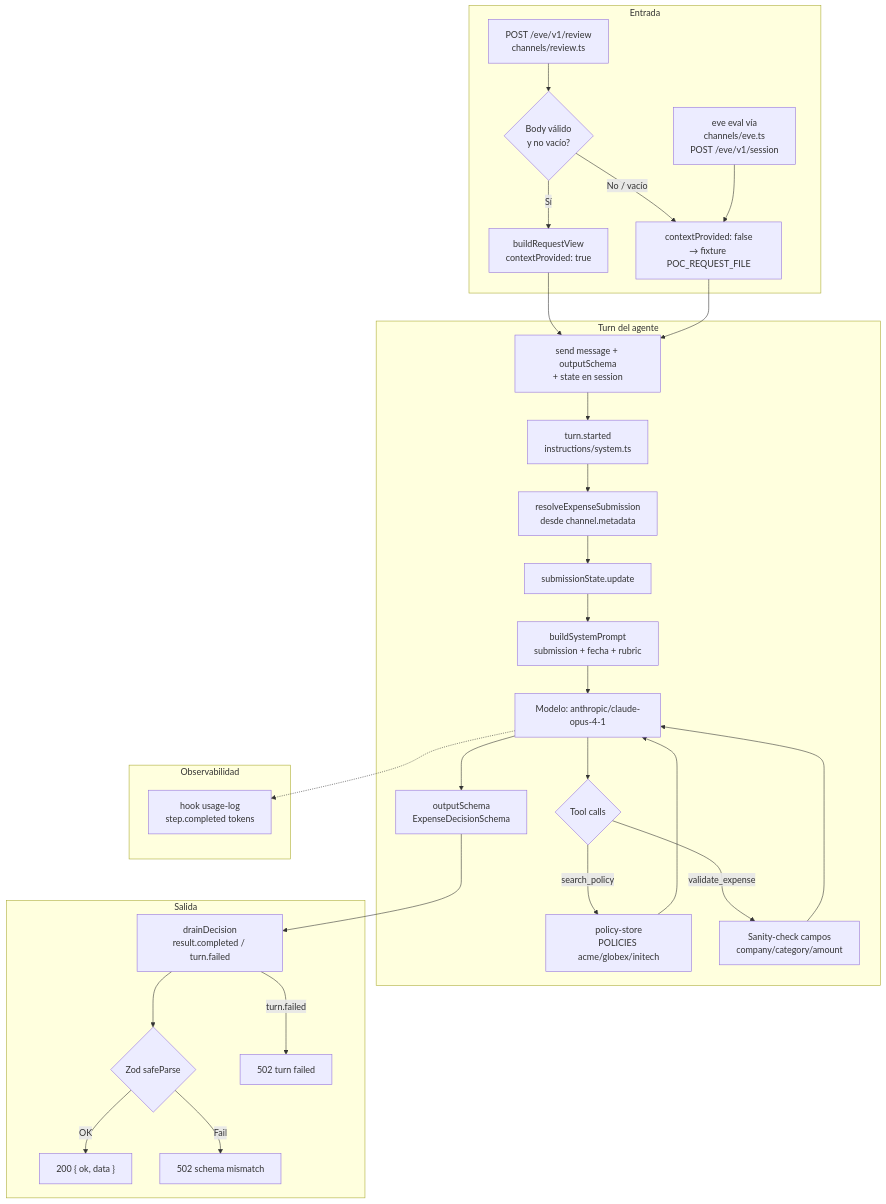
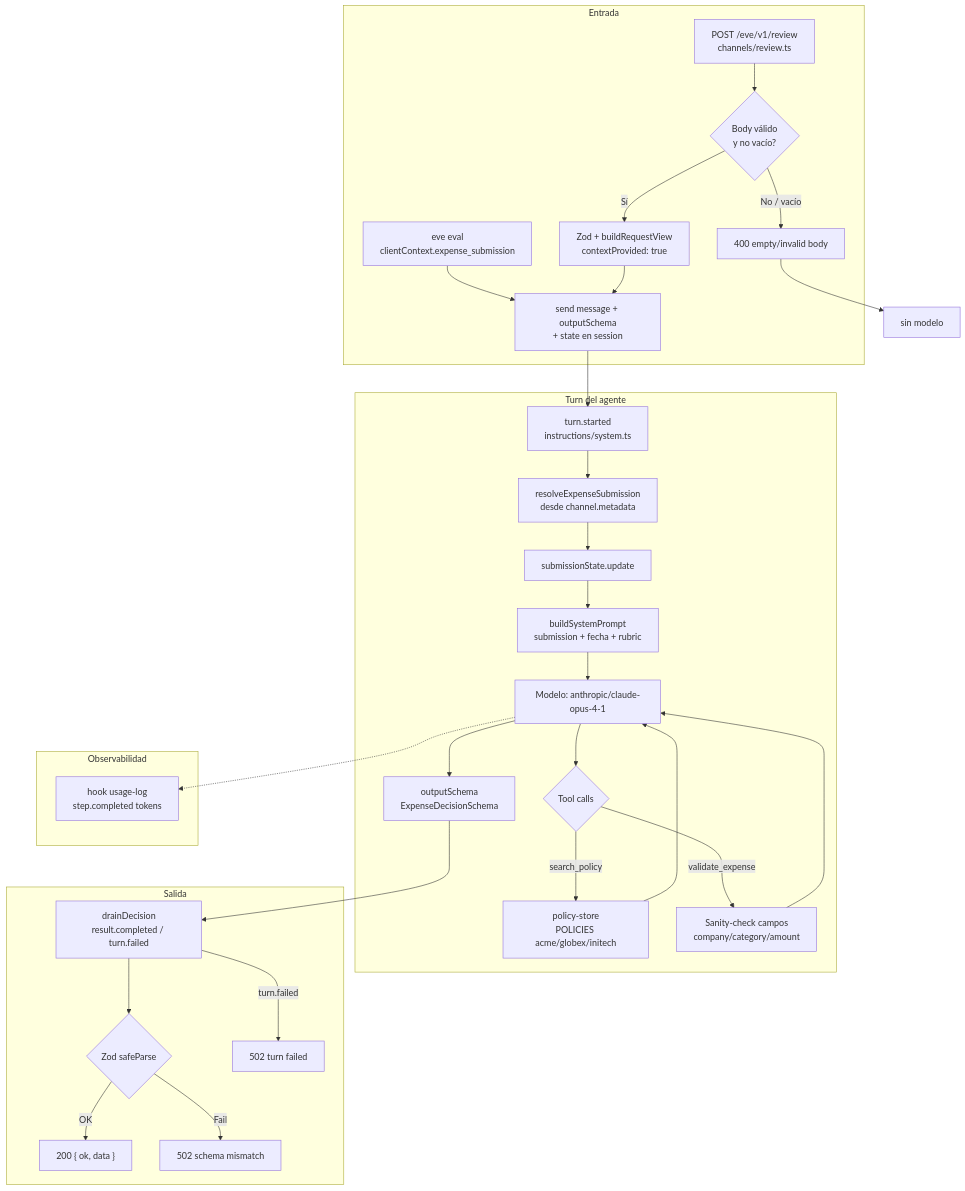
One commit to nicobytes/expense-guard-challenge changed the first of 2 diagrams in NOTES.md. Above: the diagram before and after it, drawn with Mermaid. The commit also changed other lines of this file and 17 other files, not shown here.

````diff
--- a/NOTES.md
+++ b/NOTES.md
@@ -41,38 +41,38 @@
 ```mermaid
 flowchart TD
   subgraph Entry["Entrada"]
     A["POST /eve/v1/review<br/>channels/review.ts"] --> B{"Body válido<br/>y no vacío?"}
-    B -->|Sí| C["buildRequestView<br/>contextProvided: true"]
-    B -->|No / vacío| D["contextProvided: false<br/>→ fixture POC_REQUEST_FILE"]
-    E["eve eval vía<br/>channels/eve.ts<br/>POST /eve/v1/session"] --> D
+    B -->|Sí| C["Zod + buildRequestView<br/>contextProvided: true"]
+    B -->|No / vacío| Bad400["400 empty/invalid body"]
+    E["eve eval<br/>clientContext.expense_submission"] --> F
   end
 
   C --> F["send message + outputSchema<br/>+ state en session"]
-  D --> F
+  Bad400 --> Stop["sin modelo"]
 
   subgraph Turn["Turn del agente"]
     F --> G["turn.started<br/>instructions/system.ts"]
     G --> H["resolveExpenseSubmission<br/>desde channel.metadata"]
     H --> I["submissionState.update"]
     I --> J["buildSystemPrompt<br/>submission + fecha + rubric"]
     J --> K["Modelo: anthropic/claude-opus-4-1"]
     K --> L{"Tool calls"}
     L -->|search_policy| M["policy-store<br/>POLICIES acme/globex/initech"]
     L -->|validate_expense| N["Sanity-check campos<br/>company/category/amount"]
     M --> K
     N --> K
     K --> O["outputSchema<br/>ExpenseDecisionSchema"]
   end
 
   subgraph Out["Salida"]
     O --> P["drainDecision<br/>result.completed / turn.failed"]
     P --> Q{"Zod safeParse"}
     Q -->|OK| R["200 { ok, data }"]
     Q -->|Fail| S["502 schema mismatch"]
     P -->|turn.failed| T["502 turn failed"]
   end
 
   subgraph Parallel["Observabilidad"]
     K -.-> U["hook usage-log<br/>step.completed tokens"]
   end
 ```
````
